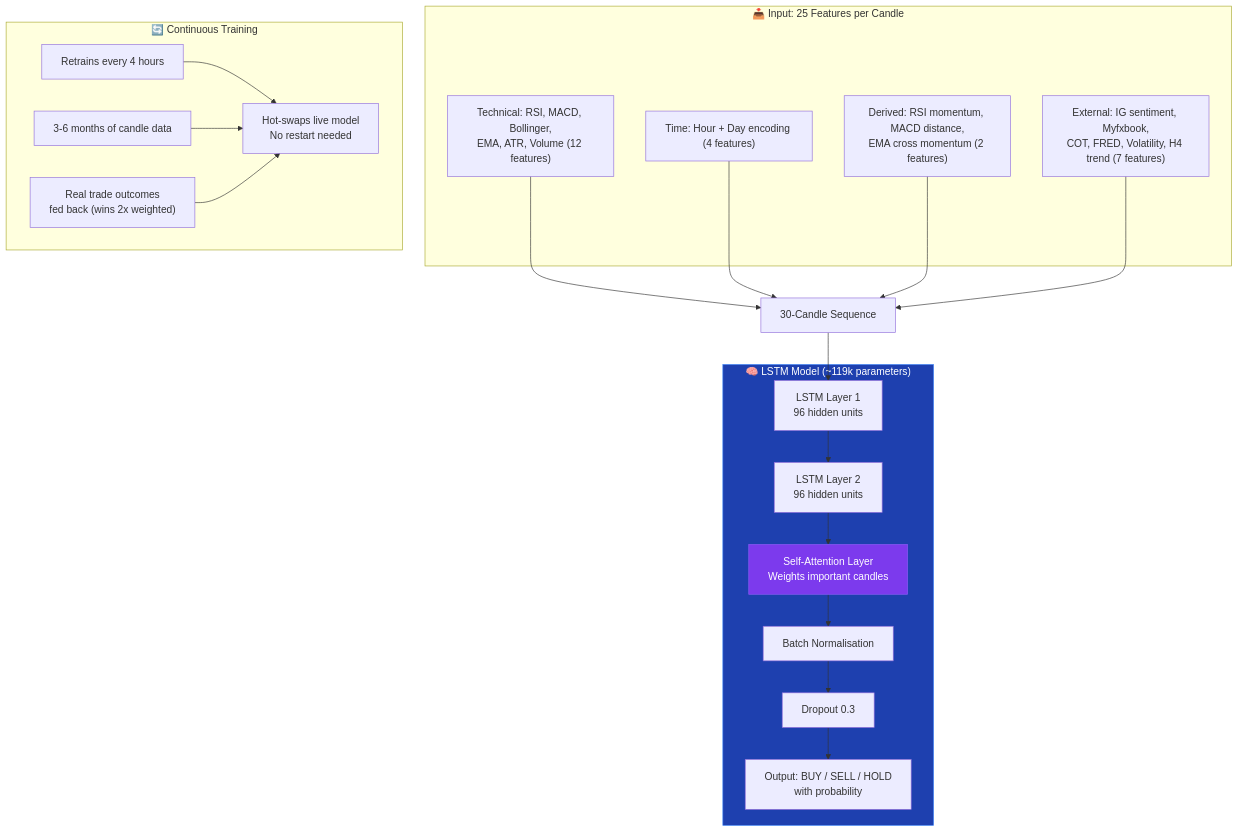
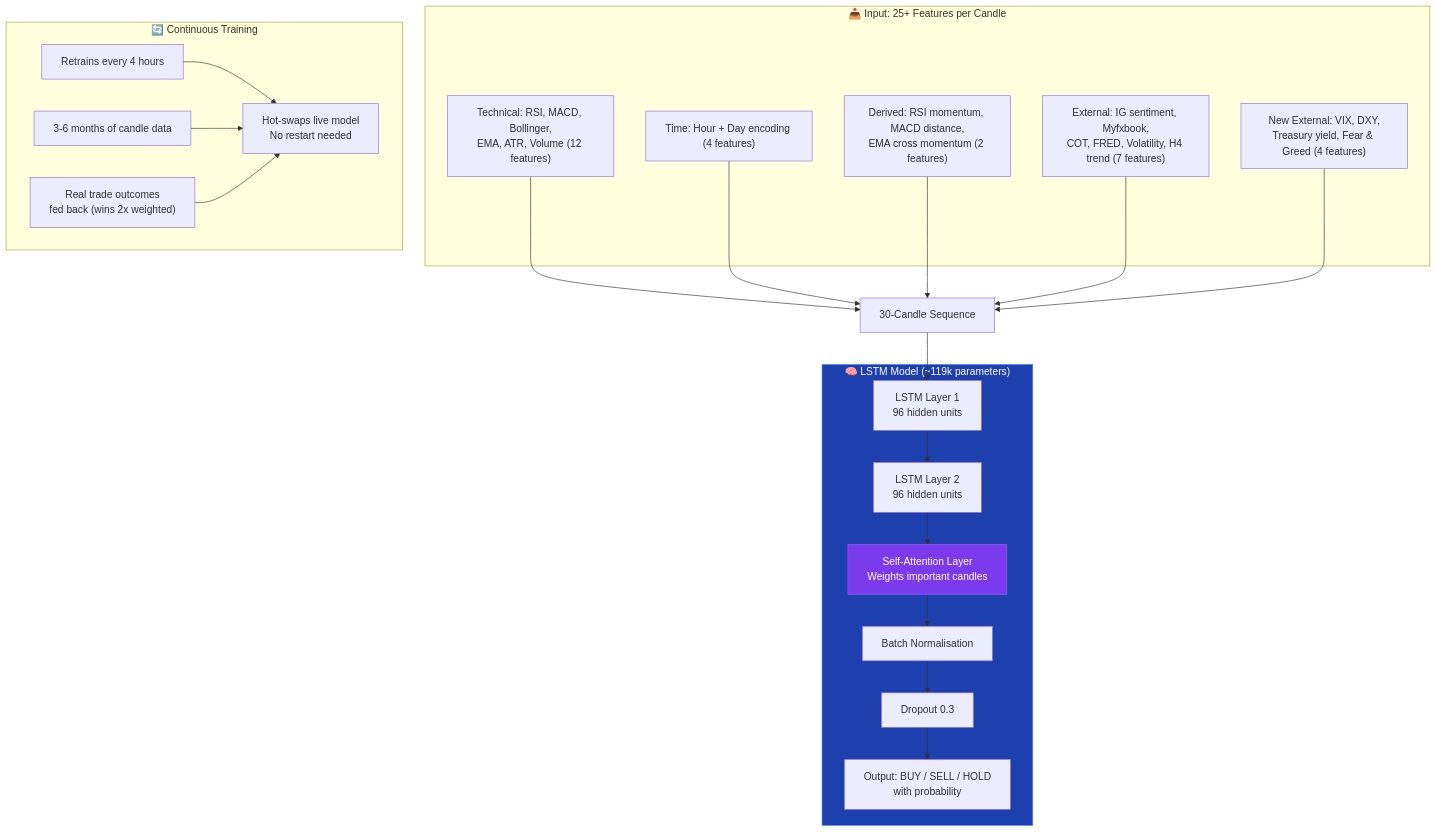
The fifth of 11 diagrams in docs/ARCHITECTURE.md (joegooderham/ai-trader-bot), drawn with Mermaid before and after one commit. The commit also changed other lines of this file and 8 other files, not shown here.

First line of the commit message:
docs: update all documentation for 14 data sources, FinBERT, VIX/DXY/yield

````diff
--- a/docs/ARCHITECTURE.md
+++ b/docs/ARCHITECTURE.md
@@ -167,33 +185,34 @@
 ```mermaid
 graph TD
-    subgraph Input["📥 Input: 25 Features per Candle"]
+    subgraph Input["📥 Input: 25+ Features per Candle"]
         F1["Technical: RSI, MACD, Bollinger,<br/>EMA, ATR, Volume (12 features)"]
         F2["Time: Hour + Day encoding (4 features)"]
         F3["Derived: RSI momentum, MACD distance,<br/>EMA cross momentum (2 features)"]
         F4["External: IG sentiment, Myfxbook,<br/>COT, FRED, Volatility, H4 trend (7 features)"]
+        F5["New External: VIX, DXY,<br/>Treasury yield, Fear & Greed (4 features)"]
     end
 
     subgraph Model["🧠 LSTM Model (~119k parameters)"]
         L1["LSTM Layer 1<br/>96 hidden units"]
         L2["LSTM Layer 2<br/>96 hidden units"]
         ATT["Self-Attention Layer<br/>Weights important candles"]
         BN["Batch Normalisation"]
         DROP["Dropout 0.3"]
         OUT["Output: BUY / SELL / HOLD<br/>with probability"]
     end
 
     subgraph Training["🔄 Continuous Training"]
         T1["Retrains every 4 hours"]
         T2["3-6 months of candle data"]
         T3["Real trade outcomes<br/>fed back (wins 2x weighted)"]
         T4["Hot-swaps live model<br/>No restart needed"]
     end
 
-    F1 & F2 & F3 & F4 --> SEQ["30-Candle Sequence"]
+    F1 & F2 & F3 & F4 & F5 --> SEQ["30-Candle Sequence"]
     SEQ --> L1 --> L2 --> ATT --> BN --> DROP --> OUT
 
     T1 & T2 & T3 --> T4
 
     style Model fill:#1e40af,stroke:#3b82f6,color:#fff
     style ATT fill:#7c3aed,stroke:#8b5cf6,color:#fff
 ```
````
